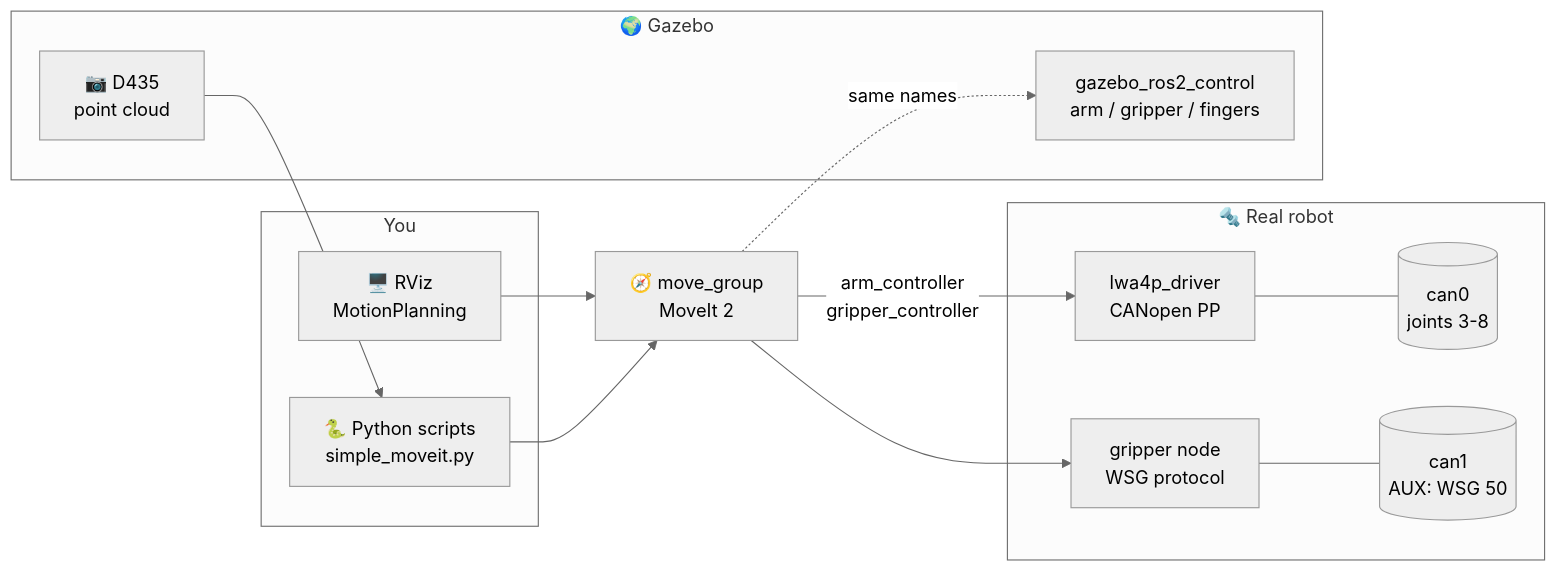
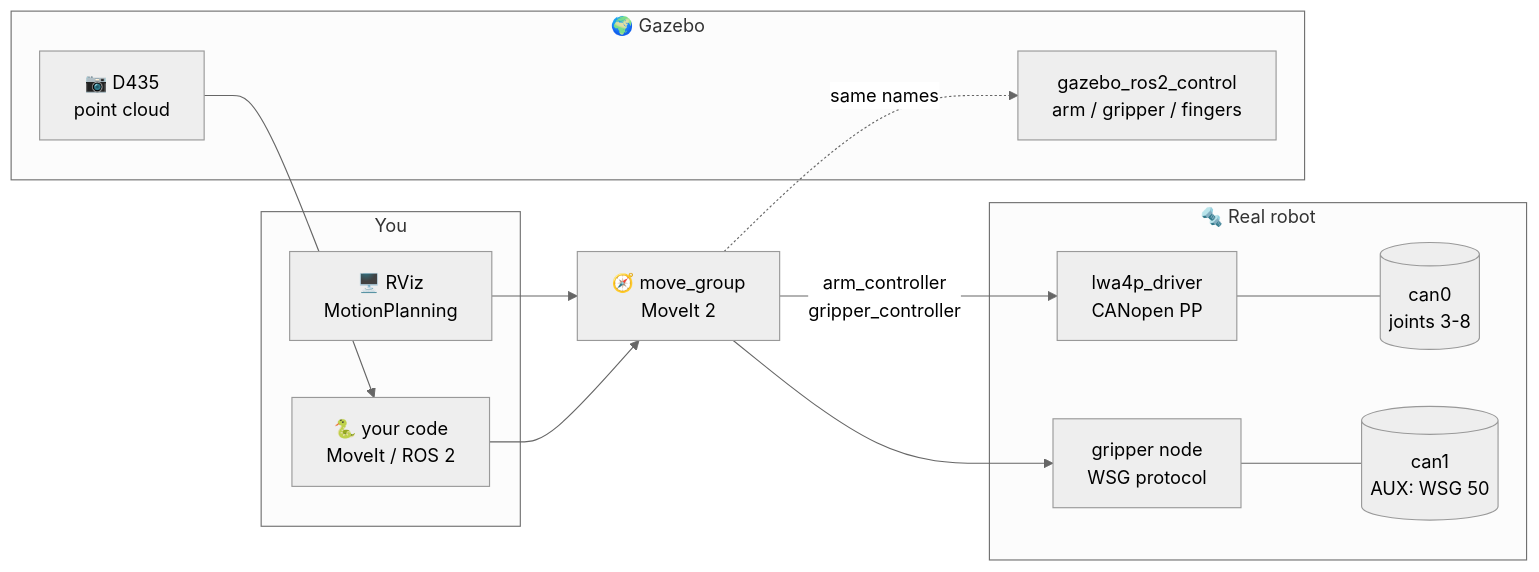
The diagram in README.md (Tomas-Jurov/lwa4p_driver), drawn with Mermaid (neutral theme) before and after one commit. The commit also changed other lines of this file and 38 other files, not shown here.

````diff
--- a/README.md
+++ b/README.md
@@ -33,29 +33,29 @@
 ```mermaid
 flowchart LR
     subgraph You
         RViz[🖥️ RViz<br/>MotionPlanning]
-        Py[🐍 Python scripts<br/>simple_moveit.py]
+        Py[🐍 your code<br/>MoveIt / ROS 2]
     end
     MG[🧭 move_group<br/>MoveIt 2]
     RViz --> MG
     Py --> MG
 
     subgraph Real["🔩 Real robot"]
         DRV[lwa4p_driver<br/>CANopen PP]
         GRP[gripper node<br/>WSG protocol]
         CAN0[(can0<br/>joints 3-8)]
         CAN1[(can1<br/>AUX: WSG 50)]
         DRV --- CAN0
         GRP --- CAN1
     end
 
     subgraph Sim["🌍 Gazebo"]
         GZ[gazebo_ros2_control<br/>arm / gripper / fingers]
         CAM[📷 D435<br/>point cloud]
     end
 
     MG -- "arm_controller<br/>gripper_controller" --> DRV
     MG --> GRP
     MG -. same names .-> GZ
     CAM --> Py
 ```
````
